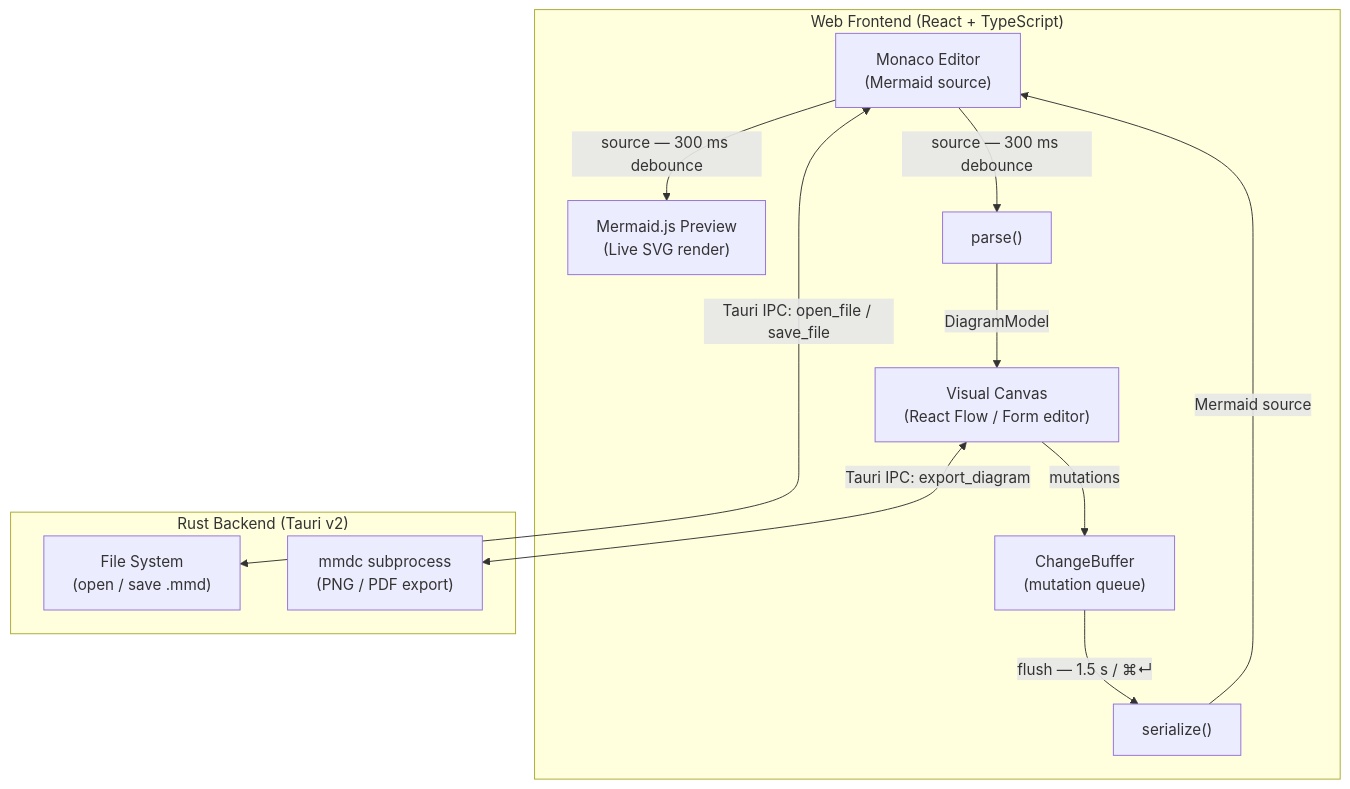
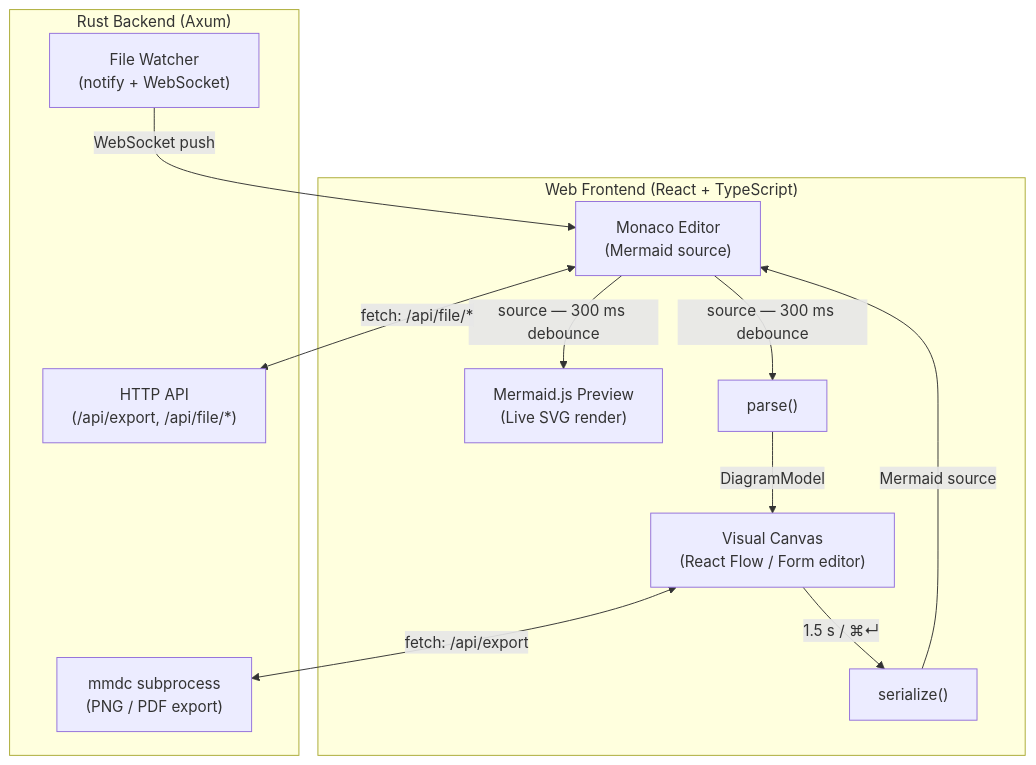
The first of 2 diagrams in docs/architecture.md (tfrancisl/mermaid-visual-editor), drawn with Mermaid before and after one commit. The commit also changed other lines of this file and 9 other files, not shown here.

````diff
--- a/docs/architecture.md
+++ b/docs/architecture.md
@@ -9,23 +9,23 @@
 ```mermaid
 flowchart TB
     subgraph Frontend ["Web Frontend (React + TypeScript)"]
         Monaco["Monaco Editor\n(Mermaid source)"]
         Canvas["Visual Canvas\n(React Flow / Form editor)"]
         Preview["Mermaid.js Preview\n(Live SVG render)"]
         Parser["parse()"]
         Serializer["serialize()"]
-        Buffer["ChangeBuffer\n(mutation queue)"]
     end
-    subgraph Backend ["Rust Backend (Tauri v2)"]
-        FS["File System\n(open / save .mmd)"]
+    subgraph Backend ["Rust Backend (Axum)"]
+        API["HTTP API\n(/api/export, /api/file/*)"]
         mmdc["mmdc subprocess\n(PNG / PDF export)"]
+        Watch["File Watcher\n(notify + WebSocket)"]
     end
     Monaco -->|"source — 300 ms debounce"| Parser
     Parser -->|"DiagramModel"| Canvas
     Monaco -->|"source — 300 ms debounce"| Preview
-    Canvas -->|"mutations"| Buffer
-    Buffer -->|"flush — 1.5 s / ⌘↵"| Serializer
+    Canvas -->|"1.5 s / ⌘↵"| Serializer
     Serializer -->|"Mermaid source"| Monaco
-    Monaco <-->|"Tauri IPC: open_file / save_file"| FS
-    Canvas <-->|"Tauri IPC: export_diagram"| mmdc
+    Monaco <-->|"fetch: /api/file/*"| API
+    Canvas <-->|"fetch: /api/export"| mmdc
+    Watch -->|"WebSocket push"| Monaco
 ```
````
